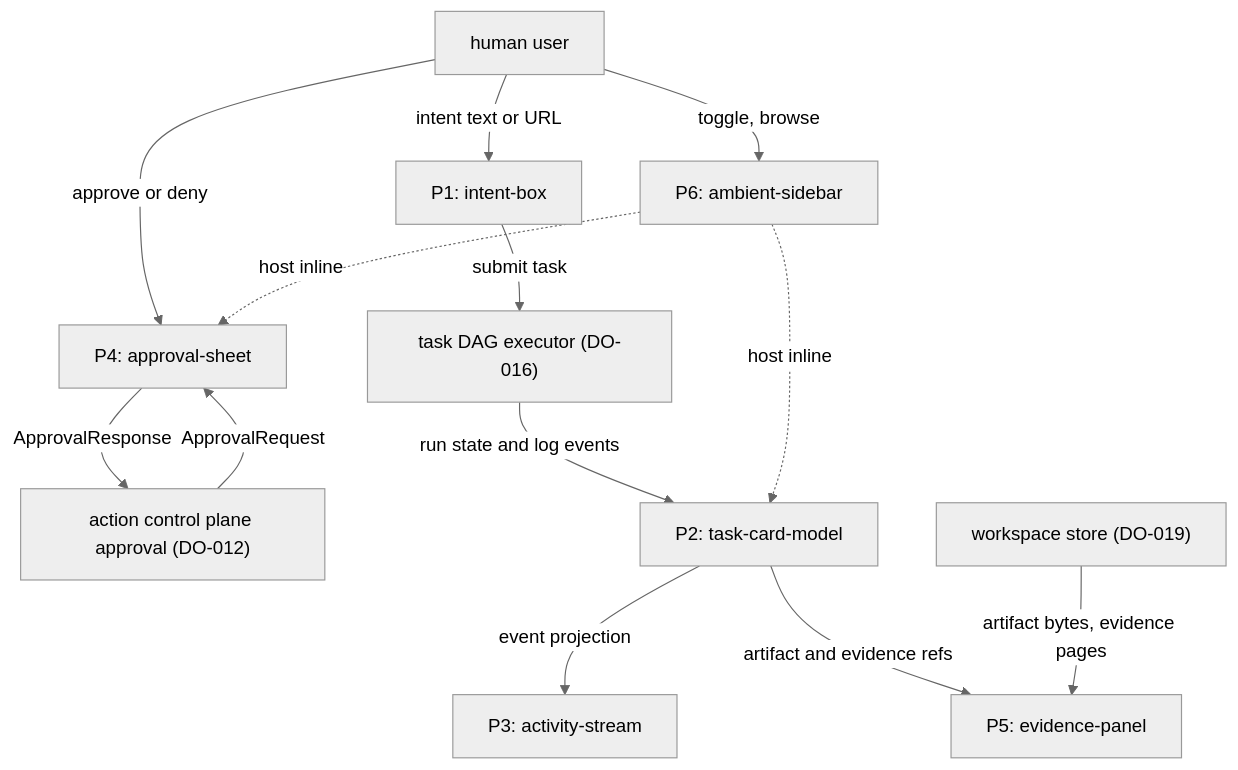
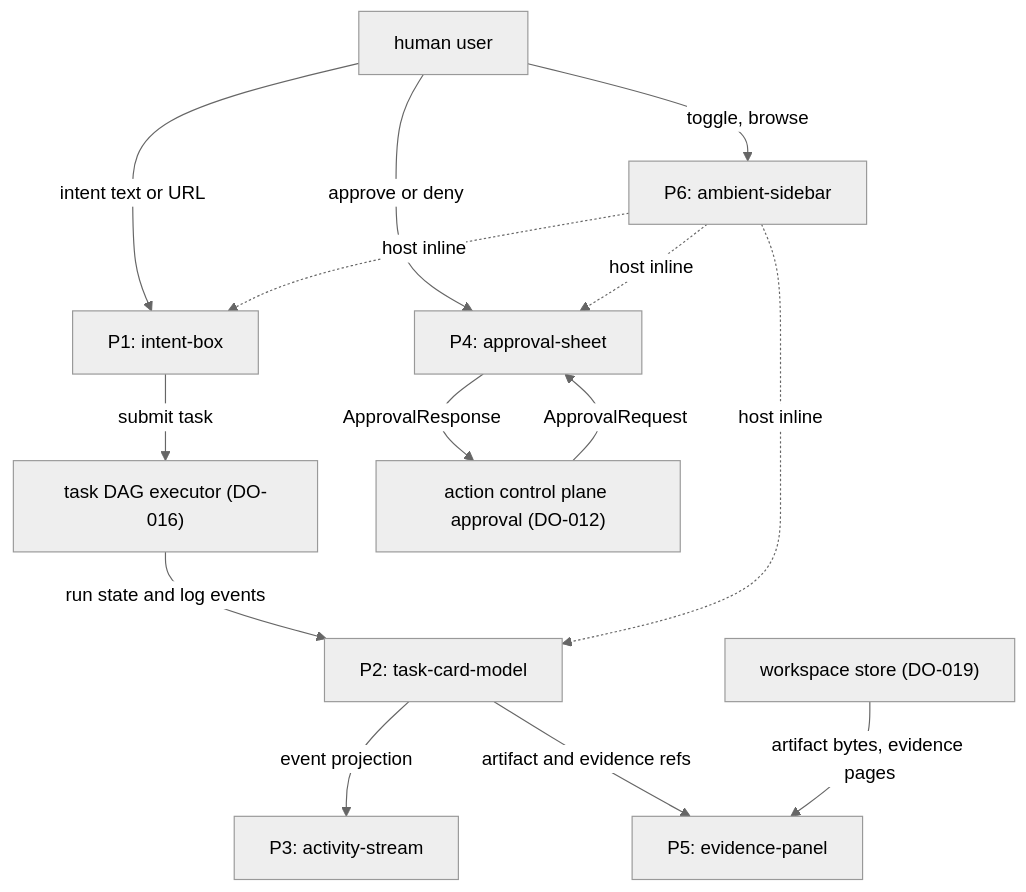
Before and after one commit to febufenn-cyber/drawing-office-v2: the first of 7 diagrams in designs/interface-shell/LLD.md, drawn with Mermaid (neutral theme). The commit also changed other lines of this file and 6 other files, not shown here.

````diff
--- a/designs/interface-shell/LLD.md
+++ b/designs/interface-shell/LLD.md
@@ -19,26 +19,27 @@
 ```mermaid
 flowchart TB
     USER["human user"]
     EXEC["task DAG executor (DO-016)"]
     ACP["action control plane approval (DO-012)"]
     WS["workspace store (DO-019)"]
     P1["P1: intent-box"]
     P2["P2: task-card-model"]
     P3["P3: activity-stream"]
     P4["P4: approval-sheet"]
     P5["P5: evidence-panel"]
     P6["P6: ambient-sidebar"]
 
     USER -->|intent text or URL| P1
     P1 -->|submit task| EXEC
     EXEC -->|run state and log events| P2
     P2 -->|event projection| P3
     P2 -->|artifact and evidence refs| P5
     WS -->|artifact bytes, evidence pages| P5
     ACP -->|ApprovalRequest| P4
     P4 -->|ApprovalResponse| ACP
     USER -->|approve or deny| P4
     USER -->|toggle, browse| P6
+    P6 -.->|host inline| P1
     P6 -.->|host inline| P2
     P6 -.->|host inline| P4
 ```
````
